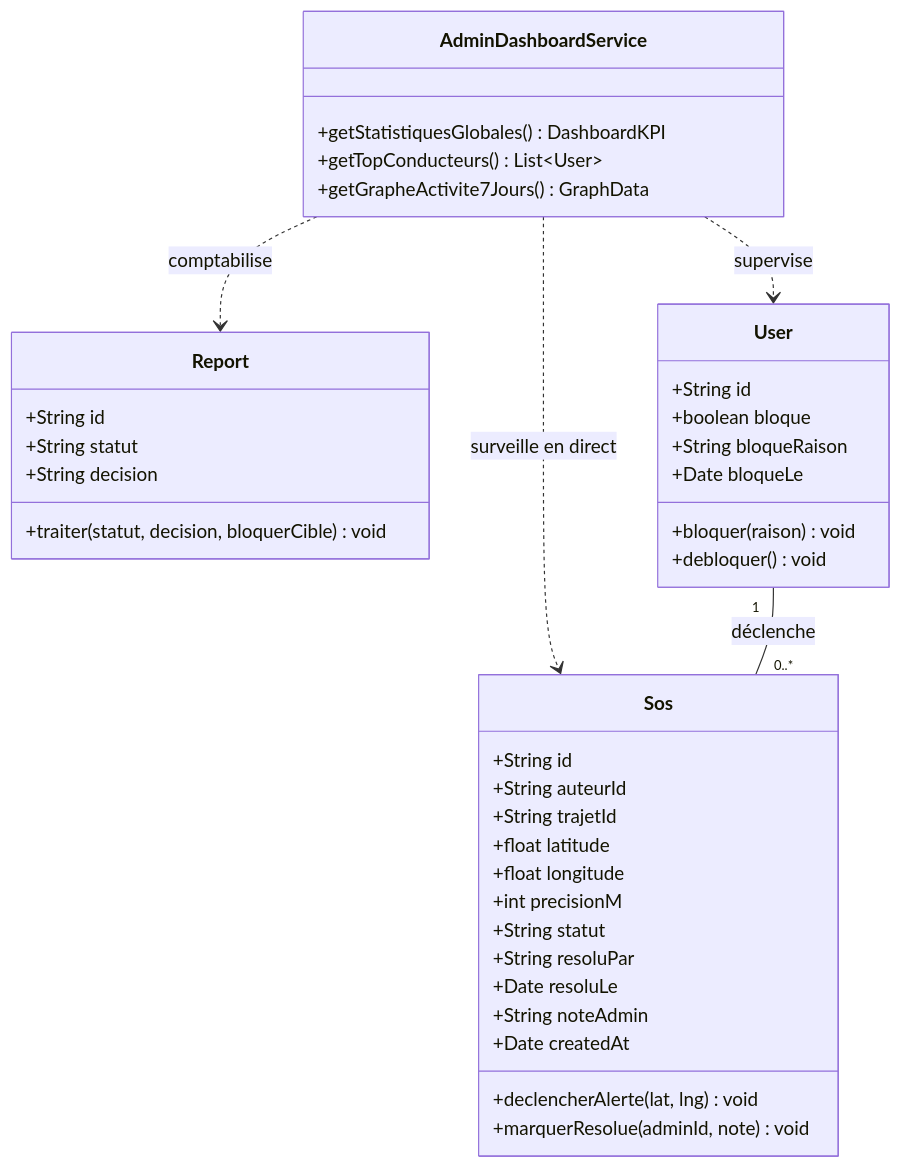
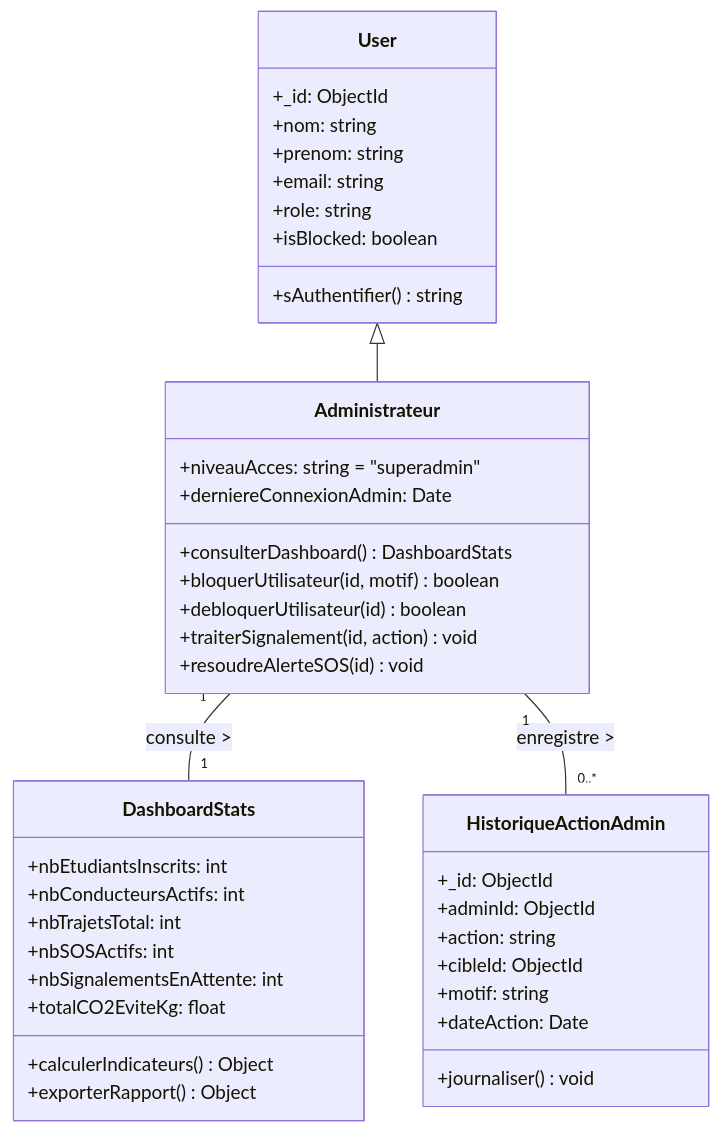
Before and after one commit to Hajer1406/UniRide: diagram 12 of 14 in DIAGRAMMES_UML.md, drawn with Mermaid. The commit also changed other lines of this file and 30 other files, not shown here.

Commit message:
docs: add downloadable UML Use Case and Class diagram images (PNG/SVG) with include auth

````diff
--- a/DIAGRAMMES_UML.md
+++ b/DIAGRAMMES_UML.md
@@ -536,45 +679,47 @@
 ```mermaid
 classDiagram
-    class AdminDashboardService {
-        +getStatistiquesGlobales() DashboardKPI
-        +getTopConducteurs() List~User~
-        +getGrapheActivite7Jours() GraphData
+    class User {
+        +_id: ObjectId
+        +nom: string
+        +prenom: string
+        +email: string
+        +role: string
+        +isBlocked: boolean
+        +sAuthentifier() string
     }
 
-    class Sos {
-        +String id
-        +String auteurId
-        +String trajetId
-        +float latitude
-        +float longitude
-        +int precisionM
-        +String statut
-        +String resoluPar
-        +Date resoluLe
-        +String noteAdmin
-        +Date createdAt
-        +declencherAlerte(lat, lng) void
-        +marquerResolue(adminId, note) void
+    class Administrateur {
+        +niveauAcces: string = "superadmin"
+        +derniereConnexionAdmin: Date
+        +consulterDashboard() DashboardStats
+        +bloquerUtilisateur(id, motif) boolean
+        +debloquerUtilisateur(id) boolean
+        +traiterSignalement(id, action) void
+        +resoudreAlerteSOS(id) void
     }
 
-    class Report {
-        +String id
-        +String statut
-        +String decision
-        +traiter(statut, decision, bloquerCible) void
+    class DashboardStats {
+        +nbEtudiantsInscrits: int
+        +nbConducteursActifs: int
+        +nbTrajetsTotal: int
+        +nbSOSActifs: int
+        +nbSignalementsEnAttente: int
+        +totalCO2EviteKg: float
+        +calculerIndicateurs() Object
+        +exporterRapport() Object
     }
 
-    class User {
-        +String id
-        +boolean bloque
-        +String bloqueRaison
-        +Date bloqueLe
-        +bloquer(raison) void
-        +debloquer() void
+    class HistoriqueActionAdmin {
+        +_id: ObjectId
+        +adminId: ObjectId
+        +action: string
+        +cibleId: ObjectId
+        +motif: string
+        +dateAction: Date
+        +journaliser() void
     }
 
-    AdminDashboardService ..> User : supervise
-    AdminDashboardService ..> Report : comptabilise
-    AdminDashboardService ..> Sos : surveille en direct
-    User "1" -- "0..*" Sos : déclenche
+    User <|-- Administrateur
+    Administrateur "1" -- "1" DashboardStats : consulte >
+    Administrateur "1" -- "0..*" HistoriqueActionAdmin : enregistre >
 ```
````
